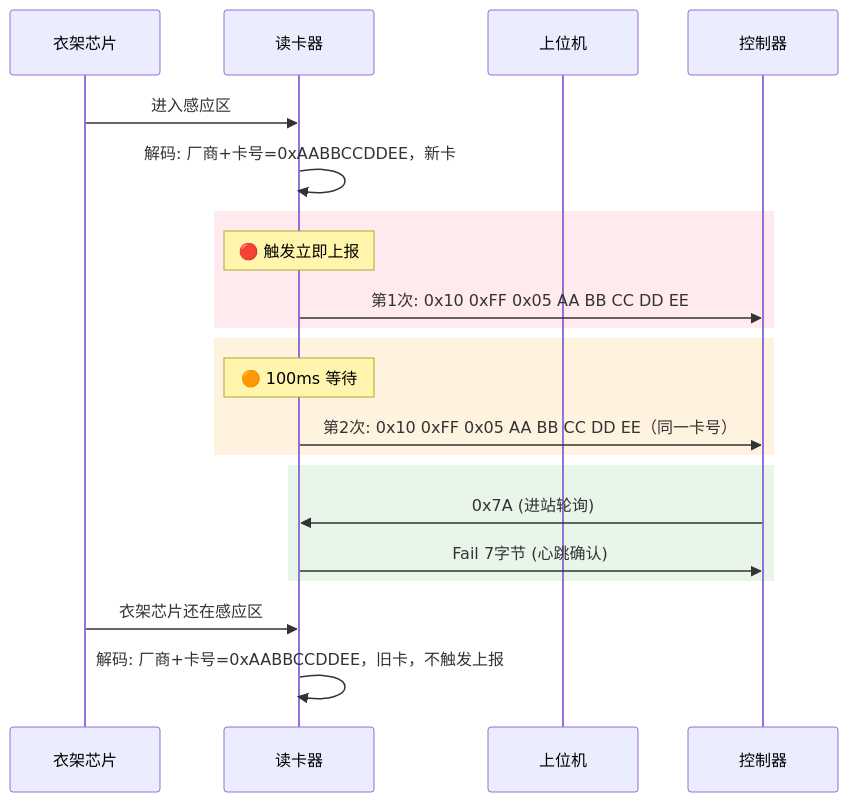
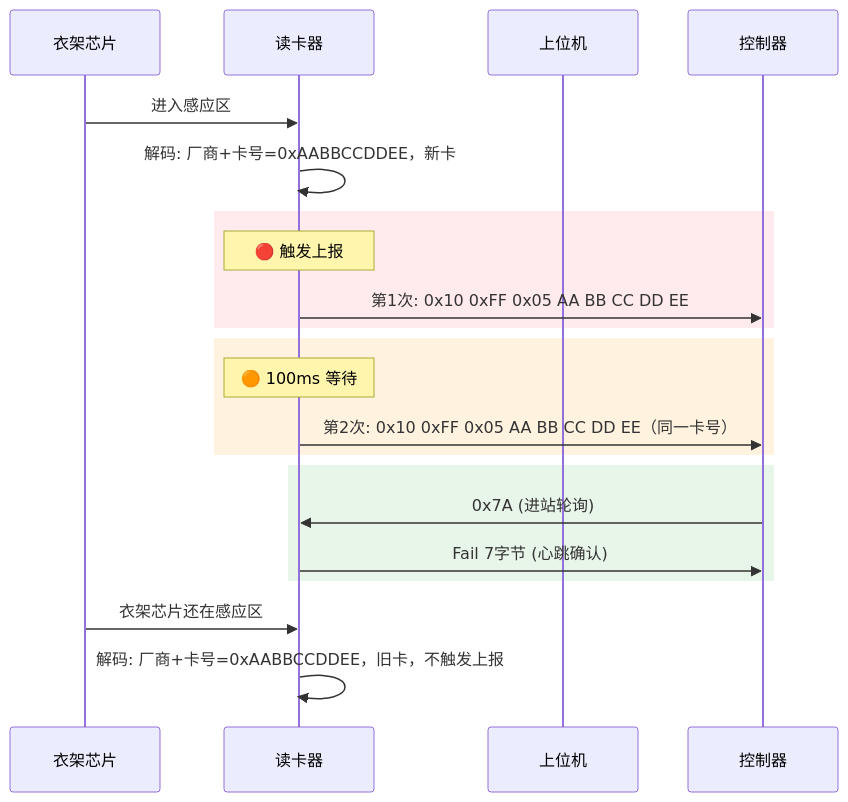
One commit to Siaiai/ObsidianNote changed the first of 5 diagrams in 工作/[[SR3读卡器]]/260804SR3新框架整理.md. Above: the diagram before and after it, drawn with Mermaid. The commit also changed other lines of this file and 2 other files, not shown here.

````diff
--- a/工作/[[SR3读卡器]]/260804SR3新框架整理.md
+++ b/工作/[[SR3读卡器]]/260804SR3新框架整理.md
@@ -73,26 +73,26 @@
 ```mermaid
 sequenceDiagram
     participant 衣架芯片
     participant 读卡器
     participant 上位机
 
     衣架芯片->>读卡器: 进入感应区
     读卡器->>读卡器: 解码: 厂商+卡号=0xAABBCCDDEE，新卡
 
     rect rgb(255, 235, 238)
-        Note over 读卡器: 🔴 触发立即上报
+        Note over 读卡器: 🔴 触发上报
         读卡器->>控制器: 第1次: 0x10 0xFF 0x05 AA BB CC DD EE
     end
 
     rect rgb(255, 243, 224)
         Note over 读卡器: 🟠 100ms 等待
         读卡器->>控制器: 第2次: 0x10 0xFF 0x05 AA BB CC DD EE（同一卡号）
     end
 
     rect rgb(232, 245, 233)
         控制器->>读卡器: 0x7A (进站轮询)
         读卡器->>控制器: Fail 7字节 (心跳确认)
     end
     衣架芯片->>读卡器: 衣架芯片还在感应区
     读卡器->>读卡器: 解码: 厂商+卡号=0xAABBCCDDEE，旧卡，不触发上报
 ```
````
